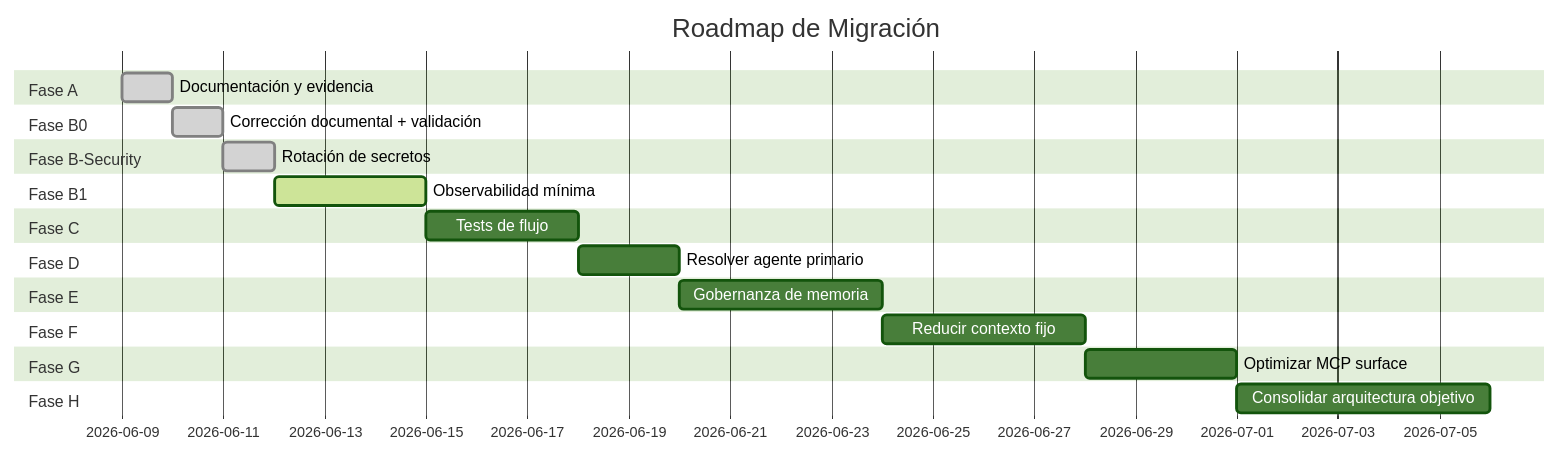
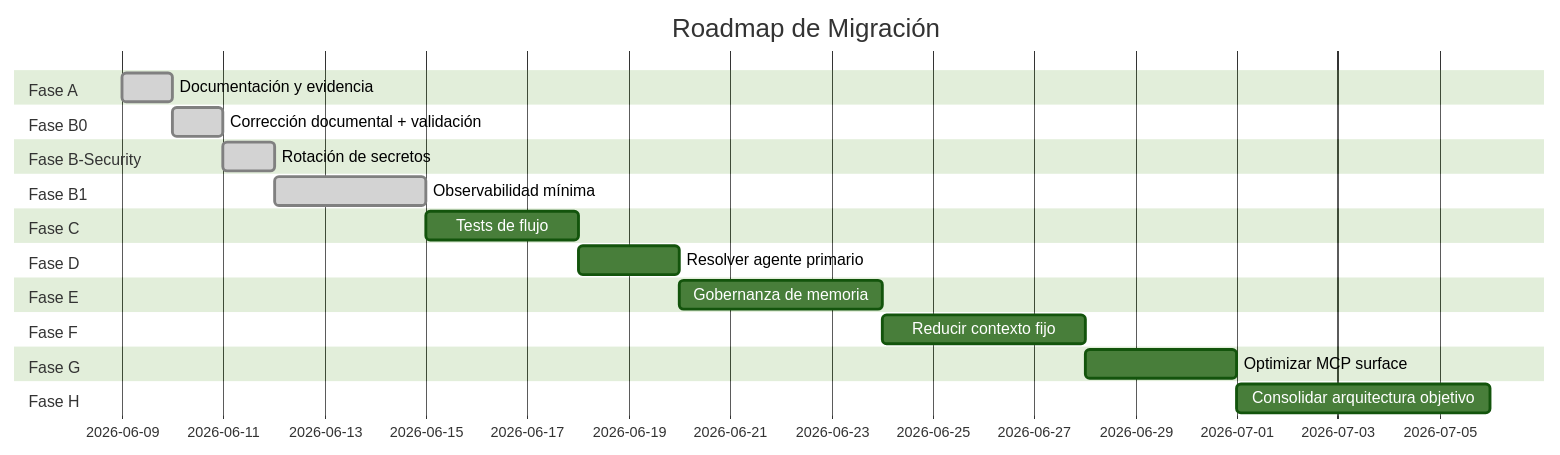
Before and after one commit to harrysxavio/opencode-architecture: the first of 2 diagrams in docs/opencode-architecture/12-migration-roadmap.md, drawn with Mermaid (forest theme). The commit also changed other lines of this file and 6 other files, not shown here.

````diff
--- a/docs/opencode-architecture/12-migration-roadmap.md
+++ b/docs/opencode-architecture/12-migration-roadmap.md
@@ -208,36 +208,36 @@
 ```mermaid
 gantt
     title Roadmap de Migración
     dateFormat  YYYY-MM-DD
     axisFormat  %Y-%m-%d
     
     section Fase A
     Documentación y evidencia          :done, A, 2026-06-09, 1d
 
     section Fase B0
     Corrección documental + validación :done, B0, after A, 1d
     
     section Fase B-Security
     Rotación de secretos               :done, B_SEC, after B0, 1d
     
     section Fase B1
-    Observabilidad mínima              :active, B1, after B_SEC, 3d
+    Observabilidad mínima              :done, B1, after B_SEC, 3d
     
     section Fase C
     Tests de flujo                     :C, after B1, 3d
     
     section Fase D
     Resolver agente primario           :D, after C, 2d
     
     section Fase E
     Gobernanza de memoria              :E, after D, 4d
     
     section Fase F
     Reducir contexto fijo              :F, after E, 4d
     
     section Fase G
     Optimizar MCP surface              :G, after F, 3d
     
     section Fase H
     Consolidar arquitectura objetivo   :H, after G, 5d
 ```
````
